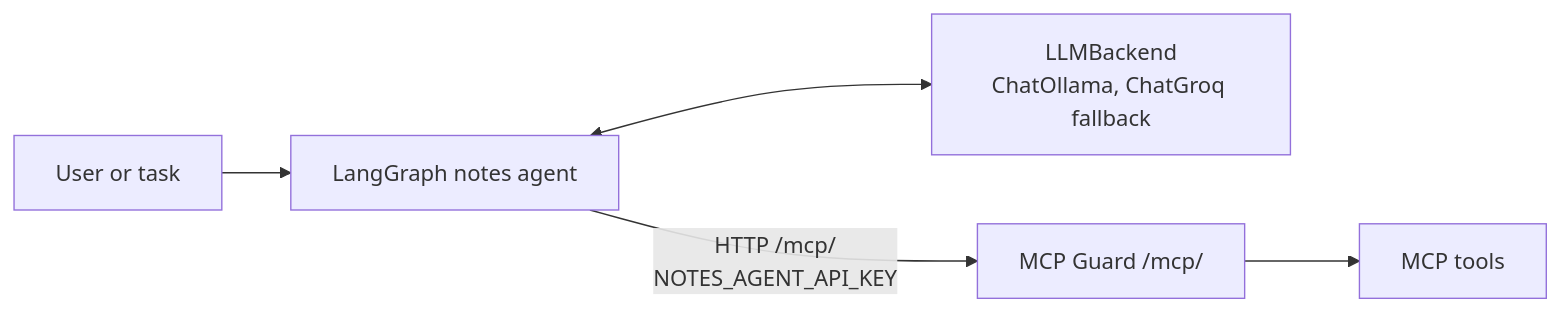
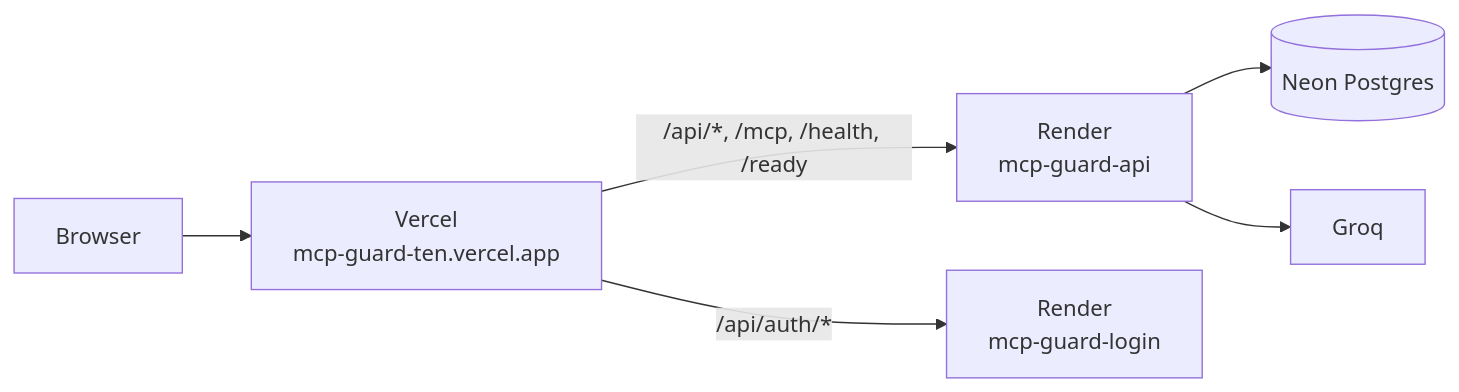
One commit to aneek22112007-tech/mcp-a2a-secure changed the second of 2 diagrams in README.md. Above: the diagram before and after it, drawn with Mermaid. The commit also changed other lines of this file, not shown here.

````diff
--- a/README.md
+++ b/README.md
@@ -143,7 +133,8 @@
 ```mermaid
 flowchart LR
-    U["User or task"] --> AG["LangGraph notes agent"]
-    AG <--> LLM["LLMBackend<br/>ChatOllama, ChatGroq fallback"]
-    AG -->|"HTTP /mcp/<br/>NOTES_AGENT_API_KEY"| MG["MCP Guard /mcp/"]
-    MG --> T["MCP tools"]
+    B["Browser"] --> V["Vercel<br/>mcp-guard-ten.vercel.app"]
+    V -- "/api/*, /mcp, /health, /ready" --> R["Render<br/>mcp-guard-api"]
+    V -- "/api/auth/*" --> L["Render<br/>mcp-guard-login"]
+    R --> N[("Neon Postgres")]
+    R --> G["Groq"]
 ```
````
